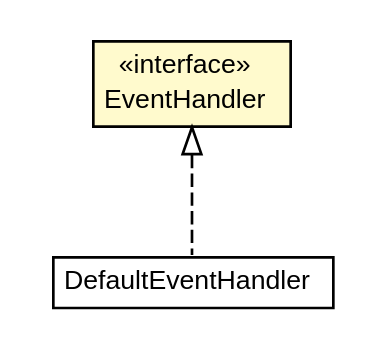
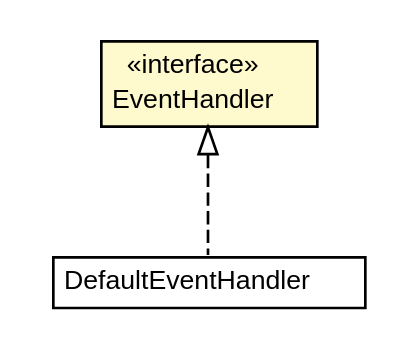
One commit to trajano/doxdb changed the diagram in doxdb-core/apidocs/net/trajano/doxdb/ext/EventHandler.dot. Above: the diagram before and after it, drawn with Graphviz. The commit also changed 227 other files, not shown here.

```diff
--- a/doxdb-core/apidocs/net/trajano/doxdb/ext/EventHandler.dot
+++ b/doxdb-core/apidocs/net/trajano/doxdb/ext/EventHandler.dot
@@ -1,27 +1,27 @@
 #!/usr/local/bin/dot
 #
 # Class diagram 
 # Generated by UMLGraph version R5_6-24-gf6e263 (http://www.umlgraph.org/)
 #
 
 digraph G {
-	edge [fontname="arial",fontsize=10,labelfontname="arial",labelfontsize=10];
-	node [fontname="arial",fontsize=10,shape=plaintext];
+	edge [fontname="Helvetica",fontsize=10,labelfontname="Helvetica",labelfontsize=10];
+	node [fontname="Helvetica",fontsize=10,shape=plaintext];
 	nodesep=0.25;
 	ranksep=0.5;
+	// net.trajano.doxdb.ext.DefaultEventHandler
+	c376 [label=<<table title="net.trajano.doxdb.ext.DefaultEventHandler" border="0" cellborder="1" cellspacing="0" cellpadding="2" port="p" href="./DefaultEventHandler.html">
+		<tr><td><table border="0" cellspacing="0" cellpadding="1">
+<tr><td align="center" balign="center"> DefaultEventHandler </td></tr>
+		</table></td></tr>
+		</table>>, URL="./DefaultEventHandler.html", fontname="Helvetica", fontcolor="black", fontsize=10.0];
 	// net.trajano.doxdb.ext.EventHandler
-	c372 [label=<<table title="net.trajano.doxdb.ext.EventHandler" border="0" cellborder="1" cellspacing="0" cellpadding="2" port="p" bgcolor="lemonChiffon" href="./EventHandler.html">
+	c377 [label=<<table title="net.trajano.doxdb.ext.EventHandler" border="0" cellborder="1" cellspacing="0" cellpadding="2" port="p" bgcolor="lemonChiffon" href="./EventHandler.html">
 		<tr><td><table border="0" cellspacing="0" cellpadding="1">
 <tr><td align="center" balign="center"> &#171;interface&#187; </td></tr>
 <tr><td align="center" balign="center"> EventHandler </td></tr>
 		</table></td></tr>
-		</table>>, URL="./EventHandler.html", fontname="arial", fontcolor="black", fontsize=10.0];
-	// net.trajano.doxdb.ext.DefaultEventHandler
-	c374 [label=<<table title="net.trajano.doxdb.ext.DefaultEventHandler" border="0" cellborder="1" cellspacing="0" cellpadding="2" port="p" href="./DefaultEventHandler.html">
-		<tr><td><table border="0" cellspacing="0" cellpadding="1">
-<tr><td align="center" balign="center"> DefaultEventHandler </td></tr>
-		</table></td></tr>
-		</table>>, URL="./DefaultEventHandler.html", fontname="arial", fontcolor="black", fontsize=10.0];
+		</table>>, URL="./EventHandler.html", fontname="Helvetica", fontcolor="black", fontsize=10.0];
 	//net.trajano.doxdb.ext.DefaultEventHandler implements net.trajano.doxdb.ext.EventHandler
-	c372:p -> c374:p [dir=back,arrowtail=empty,style=dashed];
+	c377:p -> c376:p [dir=back,arrowtail=empty,style=dashed];
 }
```
